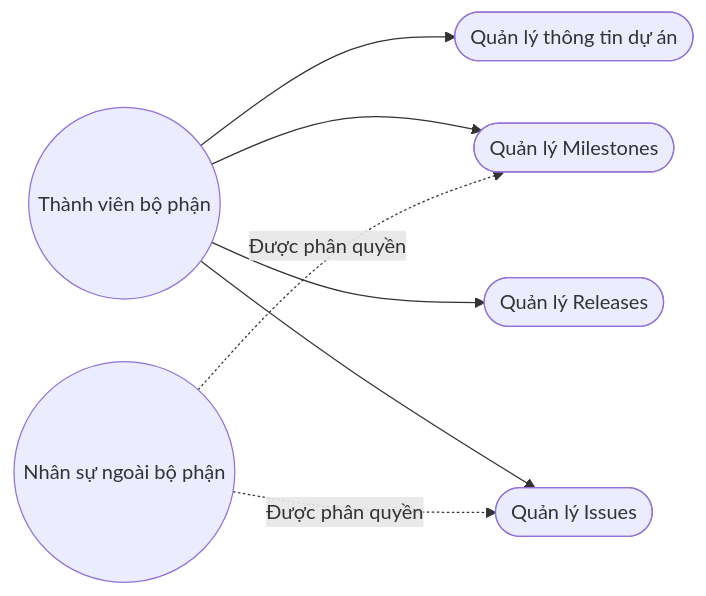
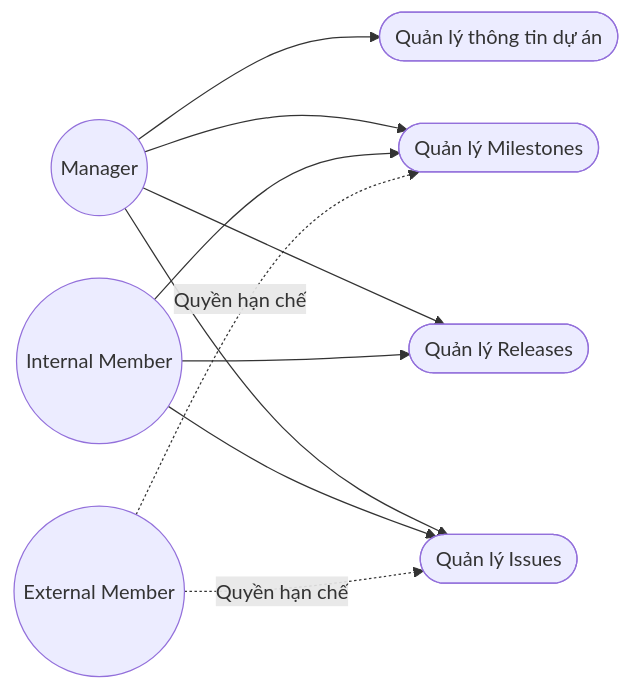
One commit to melowmolly2/obsidian changed the second of 3 diagrams in Bài 1.md. Above: the diagram before and after it, drawn with Mermaid. The commit also changed other lines of this file, not shown here.

````diff
--- a/Bài 1.md
+++ b/Bài 1.md
@@ -29,18 +78,23 @@
 ```mermaid
 flowchart LR
-    A((Thành viên bộ phận))
-    B((Nhân sự ngoài bộ phận))
+    M((Manager))
+    I((Internal Member))
+    E((External Member))
 
     UC1([Quản lý thông tin dự án])
     UC2([Quản lý Milestones])
     UC3([Quản lý Releases])
     UC4([Quản lý Issues])
 
-    A --> UC1
-    A --> UC2
-    A --> UC3
-    A --> UC4
+    M --> UC1
+    M --> UC2
+    M --> UC3
+    M --> UC4
 
-    B -.->|Được phân quyền| UC2
-    B -.->|Được phân quyền| UC4
+    I --> UC2
+    I --> UC3
+    I --> UC4
+
+    E -.->|Quyền hạn chế| UC4
+    E -.->|Quyền hạn chế| UC2
 ```
````
